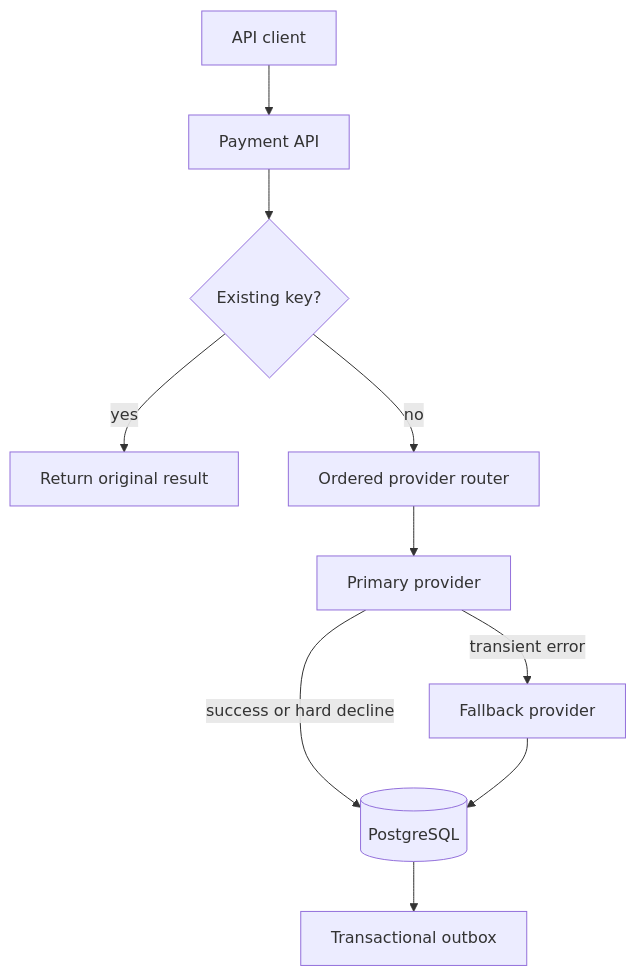
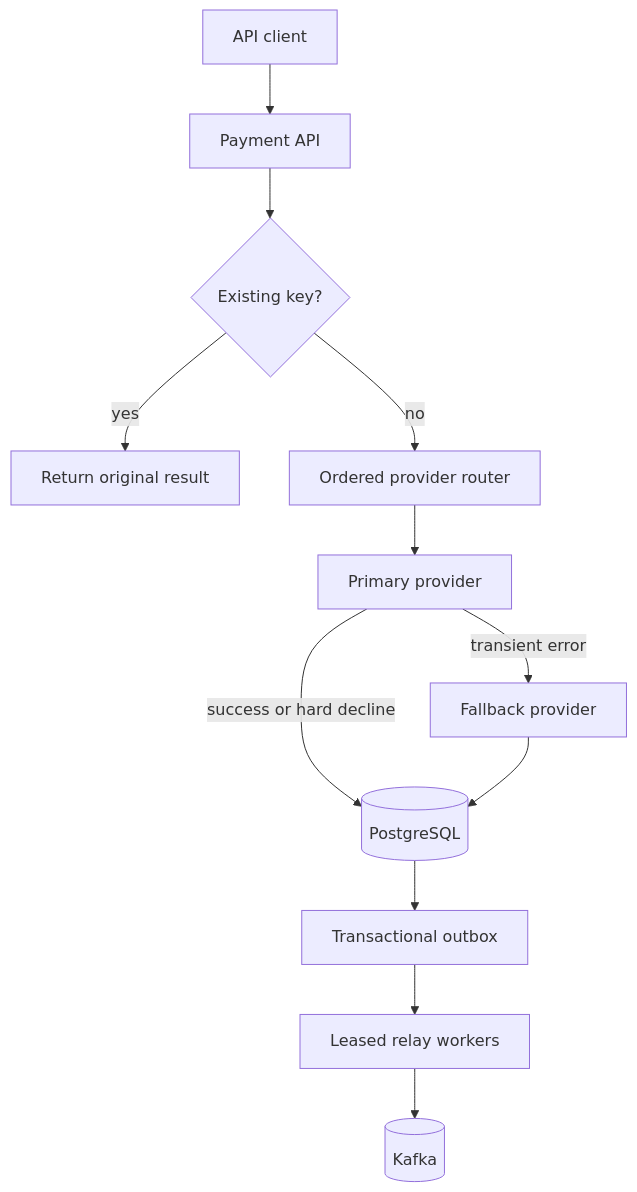
One commit to ihrutvik/payment-orchestration-platform changed the diagram in docs/architecture.md. Above: the diagram before and after it, drawn with Mermaid. The commit also changed other lines of this file and 11 other files, not shown here.

Commit message:
feat: publish transactional outbox events to Kafka

````diff
--- a/docs/architecture.md
+++ b/docs/architecture.md
@@ -5,12 +5,14 @@
 ```mermaid
 flowchart TD
   Client[API client] --> API[Payment API]
   API --> Idem{Existing key?}
   Idem -->|yes| Result[Return original result]
   Idem -->|no| Router[Ordered provider router]
   Router --> Primary[Primary provider]
   Primary -->|transient error| Fallback[Fallback provider]
   Primary -->|success or hard decline| Store[(PostgreSQL)]
   Fallback --> Store
   Store --> Outbox[Transactional outbox]
+  Outbox --> Relay[Leased relay workers]
+  Relay --> Kafka[(Kafka)]
 ```
````
